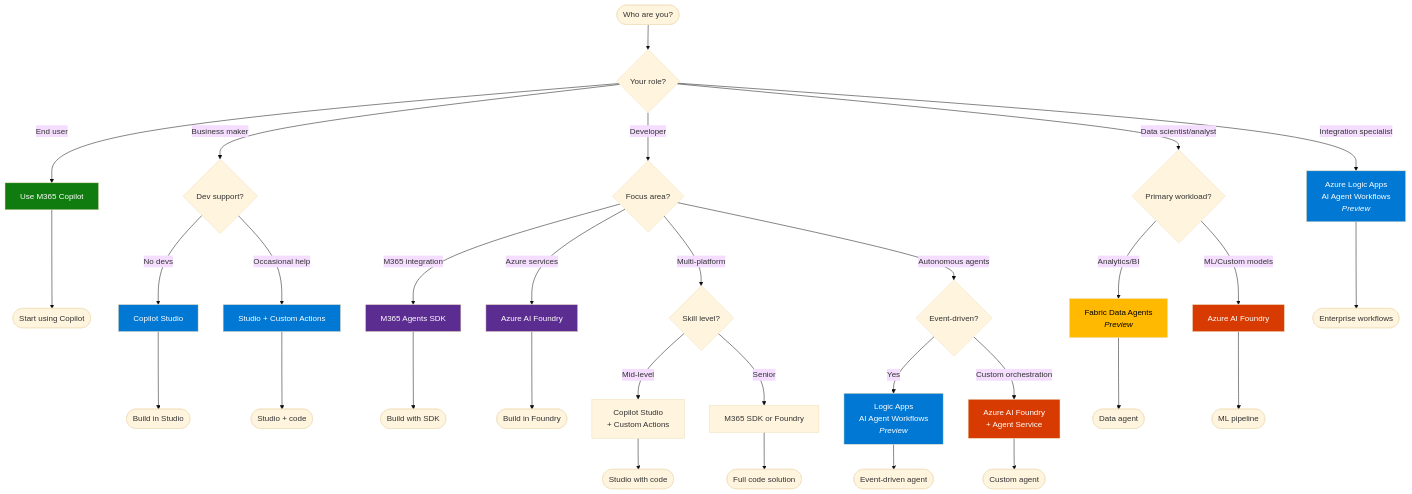
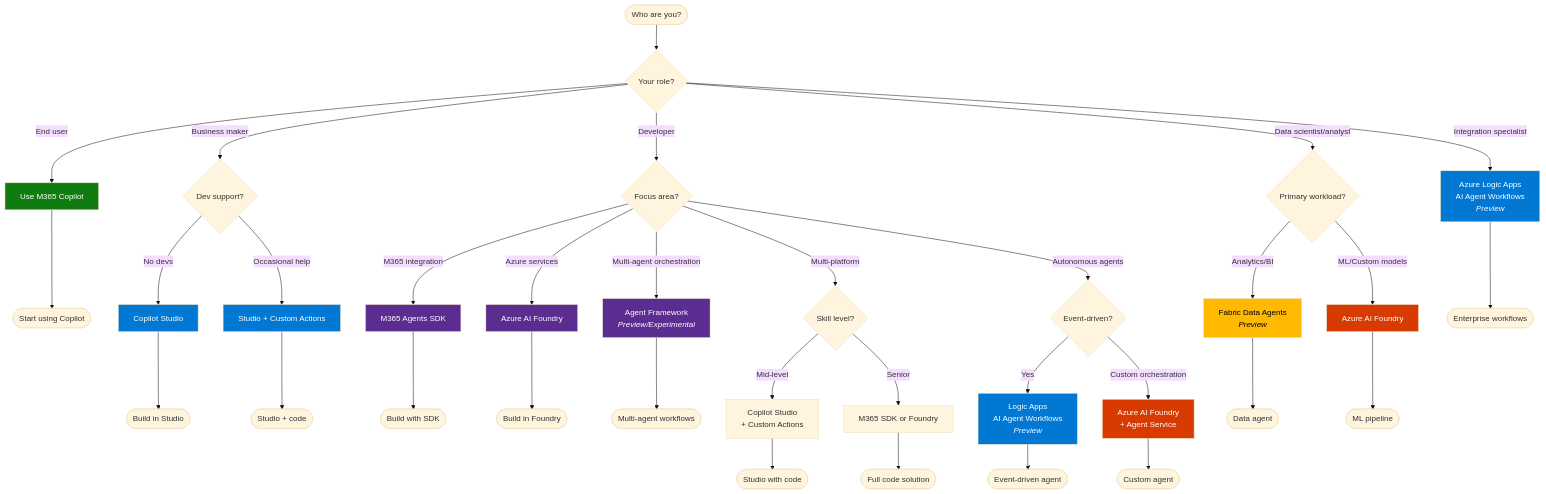
The second of 7 diagrams in docs/visual-framework.md (ChrisMcKee1/microsoft-ai-decision-tree), drawn with Mermaid (base theme) before and after one commit. The commit also changed other lines of this file and 2 other files, not shown here.

````diff
--- a/docs/visual-framework.md
+++ b/docs/visual-framework.md
@@ -158,51 +158,54 @@
 ```mermaid
 flowchart TD
     Start([Who are you?]) --> P1{Your role?}
     
     P1 -->|End user| User[Use M365 Copilot]
     P1 -->|Business maker| Maker{Dev support?}
     P1 -->|Developer| Dev{Focus area?}
     P1 -->|Data scientist/analyst| DS{Primary workload?}
     P1 -->|Integration specialist| IntSpec[Azure Logic Apps<br/>AI Agent Workflows<br/><i>Preview</i>]
     
     Maker -->|No devs| MakerStudio[Copilot Studio]
     Maker -->|Occasional help| MakerPlus[Studio + Custom Actions]
     
     Dev -->|M365 integration| DevM365[M365 Agents SDK]
     Dev -->|Azure services| DevAzure[Azure AI Foundry]
+    Dev -->|Multi-agent orchestration| DevOrch[Agent Framework<br/><i>Preview/Experimental</i>]
     Dev -->|Multi-platform| DevChoice{Skill level?}
     Dev -->|Autonomous agents| DevAuto{Event-driven?}
     
     DevChoice -->|Mid-level| DevStudio[Copilot Studio<br/>+ Custom Actions]
     DevChoice -->|Senior| DevSDK[M365 SDK or Foundry]
     
     DevAuto -->|Yes| DevLogic[Logic Apps<br/>AI Agent Workflows<br/><i>Preview</i>]
     DevAuto -->|Custom orchestration| DevFoundry[Azure AI Foundry<br/>+ Agent Service]
     
     DS -->|Analytics/BI| DSFabric[Fabric Data Agents<br/><i>Preview</i>]
     DS -->|ML/Custom models| DSFoundry[Azure AI Foundry]
     
     User --> UserEnd([Start using Copilot])
     MakerStudio --> MakerEnd([Build in Studio])
     MakerPlus --> MakerPlusEnd([Studio + code])
     DevM365 --> DevM365End([Build with SDK])
     DevAzure --> DevAzureEnd([Build in Foundry])
+    DevOrch --> DevOrchEnd([Multi-agent workflows])
     DevStudio --> DevStudioEnd([Studio with code])
     DevSDK --> DevSDKEnd([Full code solution])
     DevLogic --> DevLogicEnd([Event-driven agent])
     DevFoundry --> DevFoundryEnd([Custom agent])
     DSFabric --> DSFabricEnd([Data agent])
     DSFoundry --> DSFoundryEnd([ML pipeline])
     IntSpec --> IntSpecEnd([Enterprise workflows])
     
     style User fill:#107C10,color:#fff
     style MakerStudio fill:#0078D4,color:#fff
     style MakerPlus fill:#0078D4,color:#fff
     style DevM365 fill:#5C2D91,color:#fff
     style DevAzure fill:#5C2D91,color:#fff
+    style DevOrch fill:#5C2D91,color:#fff
     style DevLogic fill:#0078D4,color:#fff
     style DevFoundry fill:#D83B01,color:#fff
     style DSFabric fill:#FFB900,color:#000
     style DSFoundry fill:#D83B01,color:#fff
     style IntSpec fill:#0078D4,color:#fff
 ```
````
